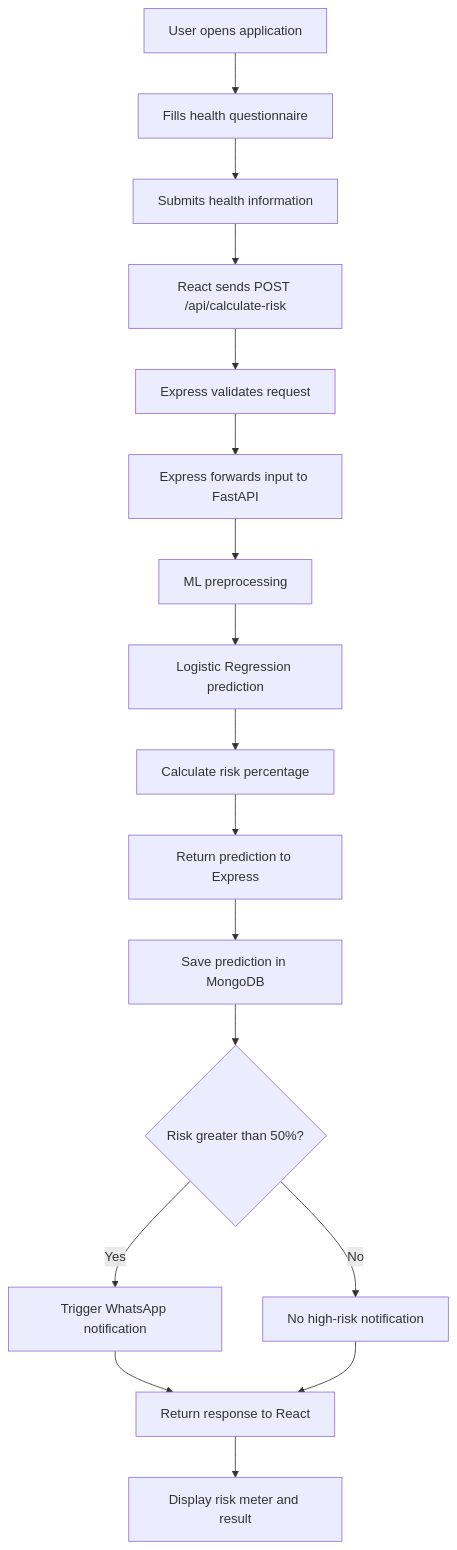
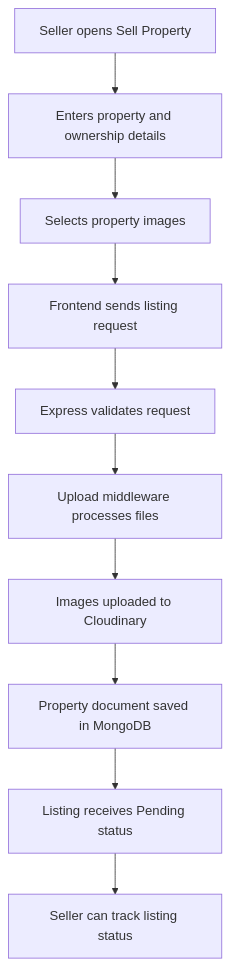
One commit to Rishabh-022/Property-bazaar changed the third of 5 diagrams in README.md. Above: the diagram before and after it, drawn with Mermaid. The commit also changed other lines of this file, not shown here.

First line of the commit message:
Revise README for Property Bazzar project

````diff
--- a/README.md
+++ b/README.md
@@ -201,19 +231,12 @@
-```mermaid
+``` mermaid
 flowchart TD
-    A["User opens application"] --> B["Fills health questionnaire"]
-    B --> C["Submits health information"]
-    C --> D["React sends POST /api/calculate-risk"]
+    A["Seller opens Sell Property"] --> B["Enters property and ownership details"]
+    B --> C["Selects property images"]
+    C --> D["Frontend sends listing request"]
     D --> E["Express validates request"]
-    E --> F["Express forwards input to FastAPI"]
-    F --> G["ML preprocessing"]
-    G --> H["Logistic Regression prediction"]
-    H --> I["Calculate risk percentage"]
-    I --> J["Return prediction to Express"]
-    J --> K["Save prediction in MongoDB"]
-    K --> L{"Risk greater than 50%?"}
-    L -->|Yes| M["Trigger WhatsApp notification"]
-    L -->|No| N["No high-risk notification"]
-    M --> O["Return response to React"]
-    N --> O
-    O --> P["Display risk meter and result"]
+    E --> F["Upload middleware processes files"]
+    F --> G["Images uploaded to Cloudinary"]
+    G --> H["Property document saved in MongoDB"]
+    H --> I["Listing receives Pending status"]
+    I --> J["Seller can track listing status"]
 ```
````
